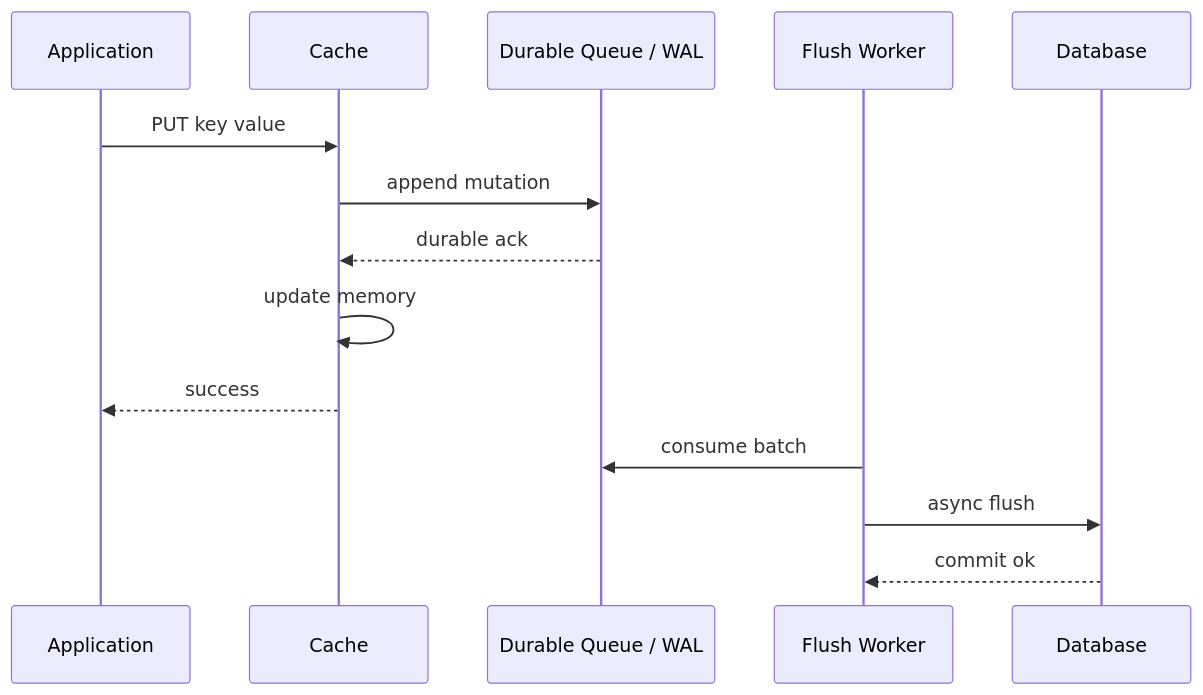
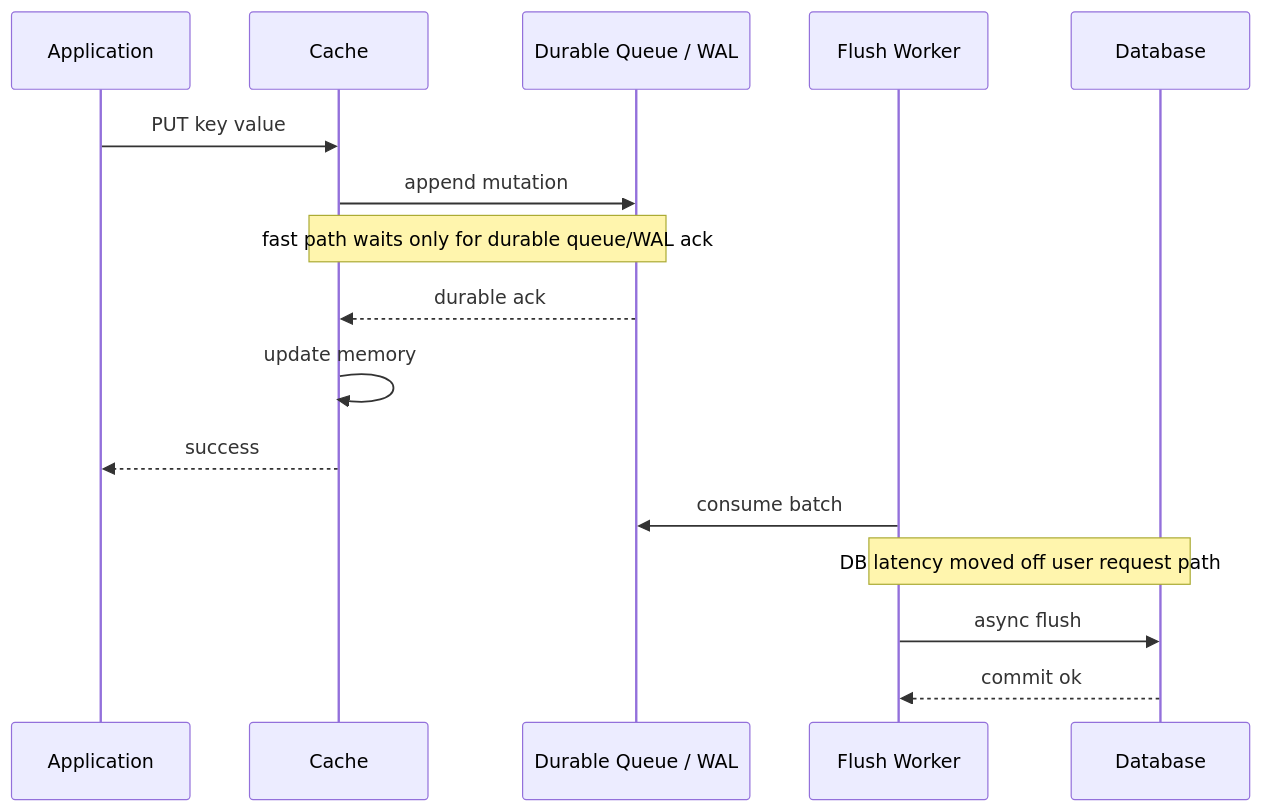
Before and after one commit to MachariaP/system-design-academy: the third of 12 diagrams in modules/03-caching-memory.md, drawn with Mermaid. The commit also changed other lines of this file, not shown here.

````diff
--- a/modules/03-caching-memory.md
+++ b/modules/03-caching-memory.md
@@ -68,17 +74,19 @@
 ```mermaid
 sequenceDiagram
     participant App as Application
     participant Cache as Cache
     participant Queue as Durable Queue / WAL
     participant Worker as Flush Worker
     participant DB as Database
 
     App->>Cache: PUT key value
     Cache->>Queue: append mutation
+    Note over Cache,Queue: fast path waits only for durable queue/WAL ack
     Queue-->>Cache: durable ack
     Cache->>Cache: update memory
     Cache-->>App: success
     Worker->>Queue: consume batch
+    Note over Worker,DB: DB latency moved off user request path
     Worker->>DB: async flush
     DB-->>Worker: commit ok
 ```
````
